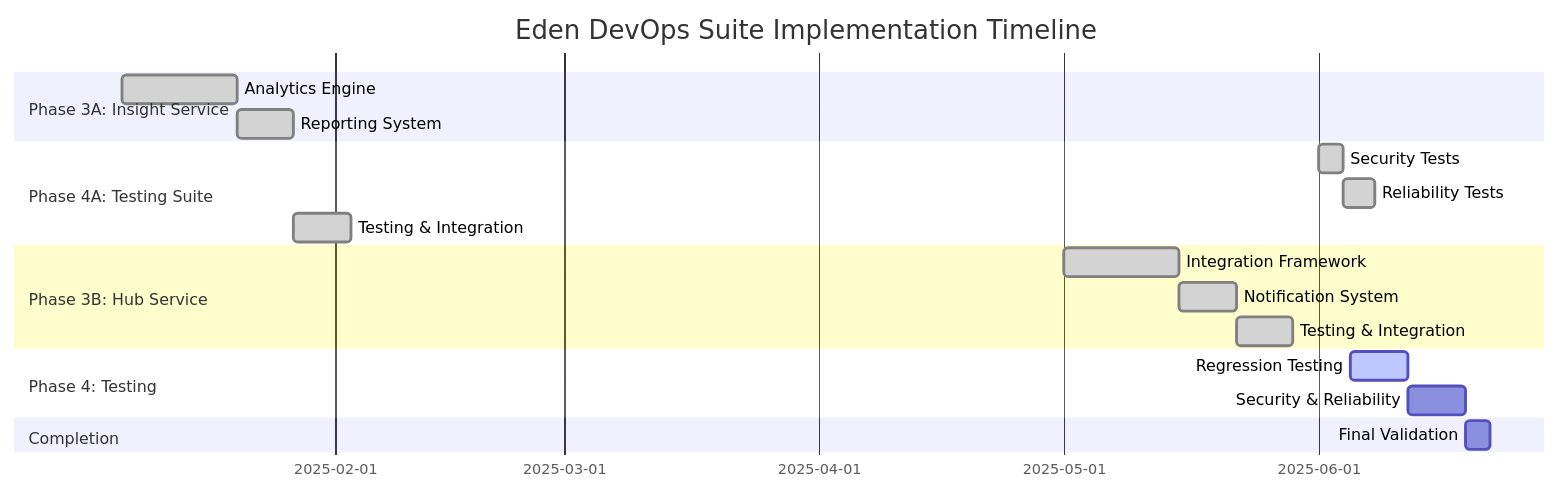
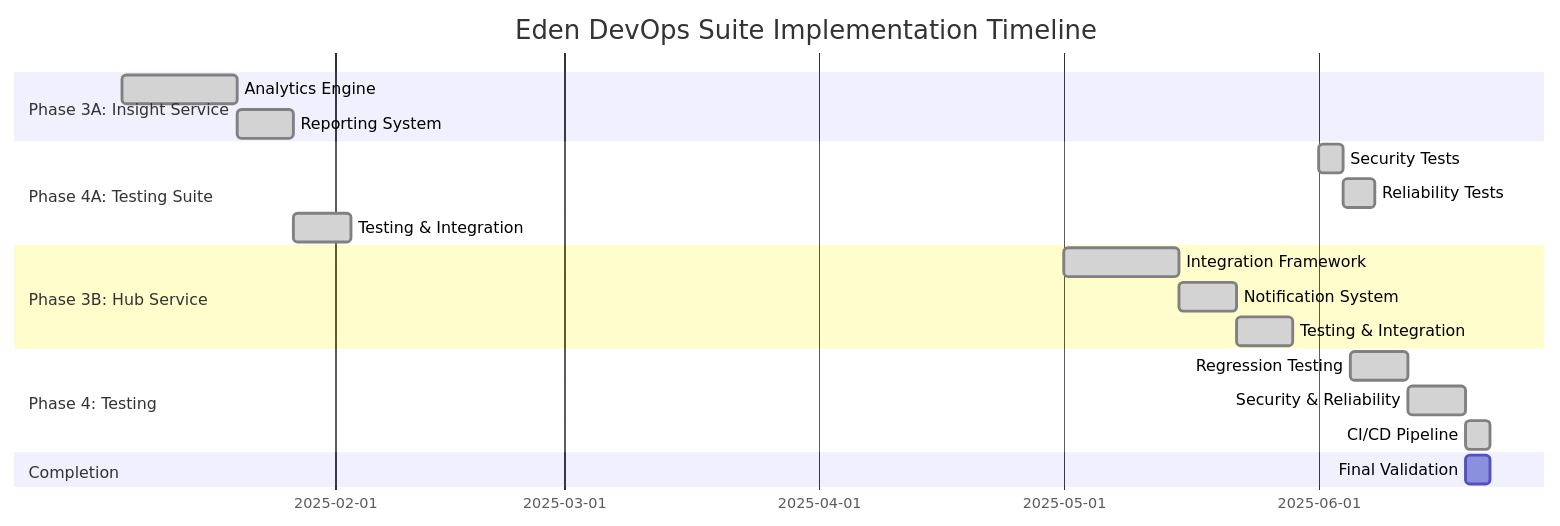
One commit to ataiva-software/vertex changed the diagram in docs/development/EDEN_COMPLETION_ROADMAP_2025.md. Above: the diagram before and after it, drawn with Mermaid. The commit also changed other lines of this file and 11 other files, not shown here.

````diff
--- a/docs/development/EDEN_COMPLETION_ROADMAP_2025.md
+++ b/docs/development/EDEN_COMPLETION_ROADMAP_2025.md
@@ -324,21 +324,22 @@
 ```mermaid
 gantt
     title Eden DevOps Suite Implementation Timeline
     dateFormat  YYYY-MM-DD
     section Phase 3A: Insight Service
     Analytics Engine        :done, insight1, 2025-01-06, 14d
     Reporting System        :done, insight2, after insight1, 7d
     section Phase 4A: Testing Suite
     Security Tests          :done, security1, 2025-06-01, 3d
     Reliability Tests       :done, reliability1, after security1, 4d
     Testing & Integration   :done, insight3, after insight2, 7d
     section Phase 3B: Hub Service
     Integration Framework   :done, hub1, 2025-05-01, 14d
     Notification System     :done, hub2, after hub1, 7d
     Testing & Integration   :done, hub3, after hub2, 7d
     section Phase 4: Testing
-    Regression Testing      :active, test1, 2025-06-05, 7d
-    Security & Reliability  :test2, after test1, 7d
+    Regression Testing      :done, test1, 2025-06-05, 7d
+    Security & Reliability  :done, test2, after test1, 7d
+    CI/CD Pipeline          :done, cicd1, after test2, 3d
     section Completion
     Final Validation        :final, after test2, 3d
 ```
````
